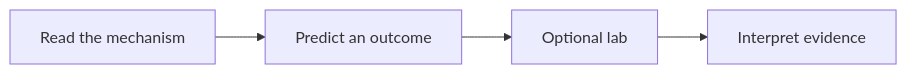
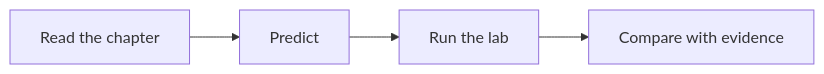
One commit to darshan-raul/apollo11-docs changed the diagram in docs/start/prerequisites.md. Above: the diagram before and after it, drawn with Mermaid. The commit also changed other lines of this file and 27 other files, not shown here.

````diff
--- a/docs/start/prerequisites.md
+++ b/docs/start/prerequisites.md
@@ -19,4 +37,4 @@
 ```mermaid
 flowchart LR
-  R[Read the mechanism] --> P[Predict an outcome] --> L[Optional lab] --> E[Interpret evidence]
+  R[Read the chapter] --> P[Predict] --> D[Run the lab] --> C[Compare with evidence]
 ```
````
